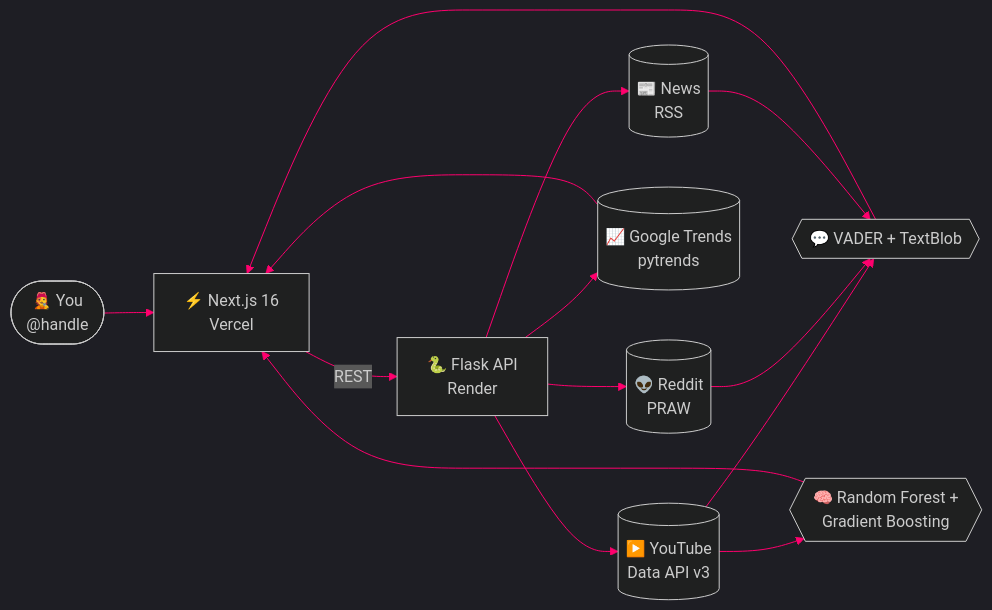
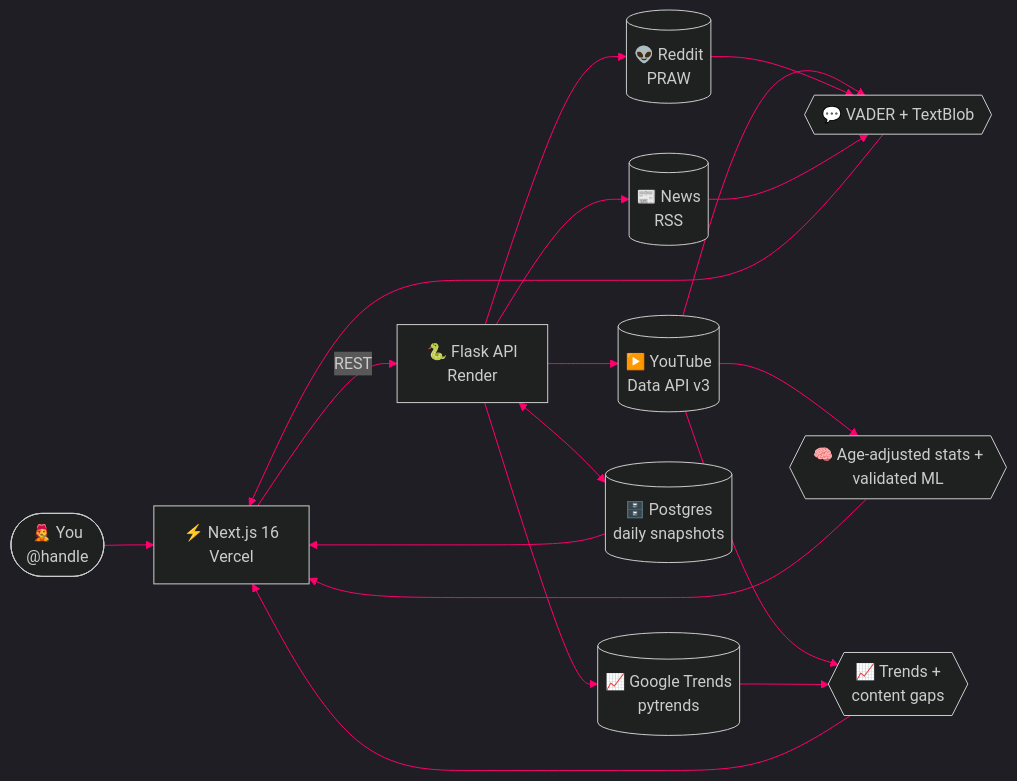
Before and after one commit to harshgupta257/CreatorIq: the diagram in README.md, drawn with Mermaid. The commit also changed other lines of this file and 1 other file, not shown here.

First line of the commit message:
docs: update README and banner for Performance Insights and new Trends

````diff
--- a/README.md
+++ b/README.md
@@ -204,13 +207,15 @@
 ```mermaid
 %%{init: {'theme':'dark', 'themeVariables': {'primaryColor':'#1A1A2E','primaryTextColor':'#E6F7FF','primaryBorderColor':'#00FFFF','lineColor':'#FF006E','secondaryColor':'#0F0F24','tertiaryColor':'#05050C','fontFamily':'monospace'}}}%%
 flowchart LR
     U(["🧑‍🎤 You<br/>@handle"]) --> FE["⚡ Next.js 16<br/>Vercel"]
     FE -->|REST| API["🐍 Flask API<br/>Render"]
     API --> YT[("▶️ YouTube<br/>Data API v3")]
     API --> RD[("👽 Reddit<br/>PRAW")]
     API --> GT[("📈 Google Trends<br/>pytrends")]
     API --> NW[("📰 News<br/>RSS")]
+    API <--> DB[("🗄️ Postgres<br/>daily snapshots")]
     YT & RD & NW --> NLP{{"💬 VADER + TextBlob"}}
-    YT --> ML{{"🧠 Random Forest +<br/>Gradient Boosting"}}
-    NLP & ML & GT --> FE
+    YT --> ML{{"🧠 Age-adjusted stats +<br/>validated ML"}}
+    YT & GT --> TR{{"📈 Trends +<br/>content gaps"}}
+    NLP & ML & TR & DB --> FE
 ```
````
